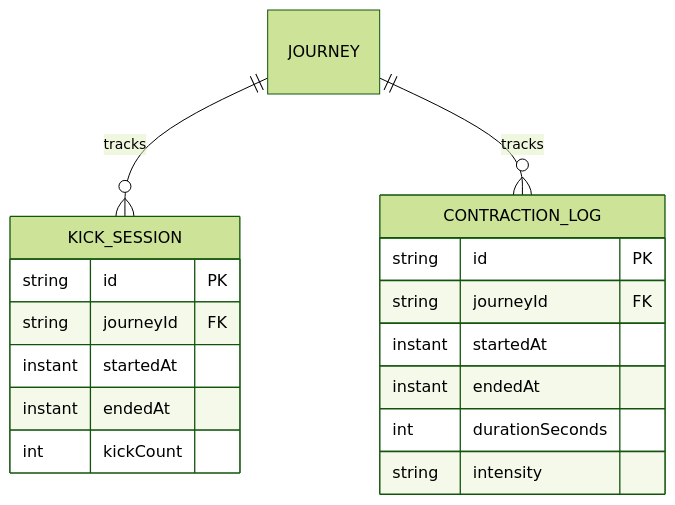
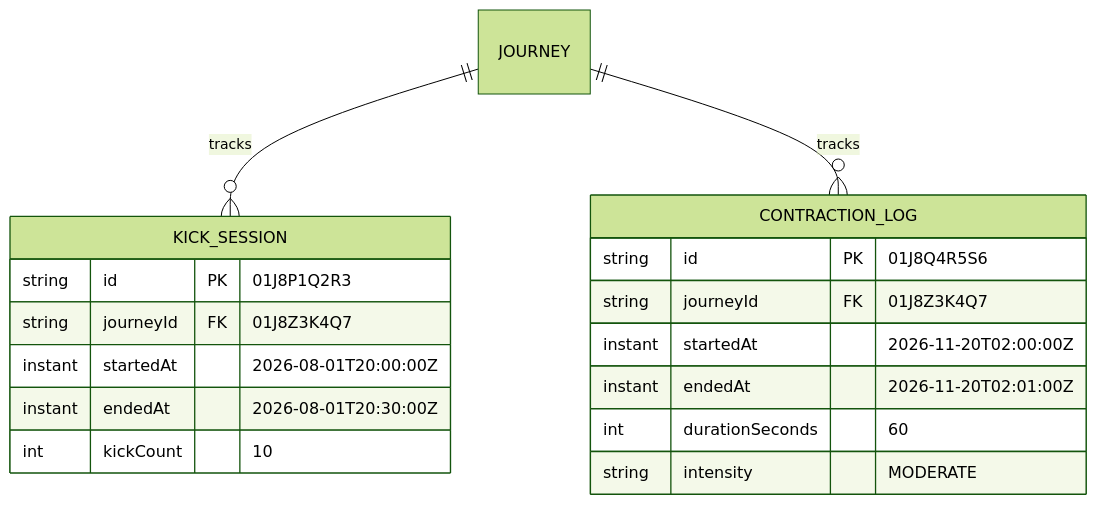
One commit to headache-sh2l/cocobean changed the fifth of 10 diagrams in docs/domain-model-entity-relation.md. Above: the diagram before and after it, drawn with Mermaid (forest theme). The commit also changed other lines of this file, not shown here.

````diff
--- a/docs/domain-model-entity-relation.md
+++ b/docs/domain-model-entity-relation.md
@@ -212,21 +213,21 @@
 ```mermaid
 erDiagram
     JOURNEY ||--o{ KICK_SESSION : tracks
     JOURNEY ||--o{ CONTRACTION_LOG : tracks
 
     KICK_SESSION {
-        string id PK
-        string journeyId FK
-        instant startedAt
-        instant endedAt
-        int kickCount
+        string id PK "01J8P1Q2R3"
+        string journeyId FK "01J8Z3K4Q7"
+        instant startedAt "2026-08-01T20:00:00Z"
+        instant endedAt "2026-08-01T20:30:00Z"
+        int kickCount "10"
     }
     CONTRACTION_LOG {
-        string id PK
-        string journeyId FK
-        instant startedAt
-        instant endedAt
-        int durationSeconds
-        string intensity
+        string id PK "01J8Q4R5S6"
+        string journeyId FK "01J8Z3K4Q7"
+        instant startedAt "2026-11-20T02:00:00Z"
+        instant endedAt "2026-11-20T02:01:00Z"
+        int durationSeconds "60"
+        string intensity "MODERATE"
     }
 ```
````
